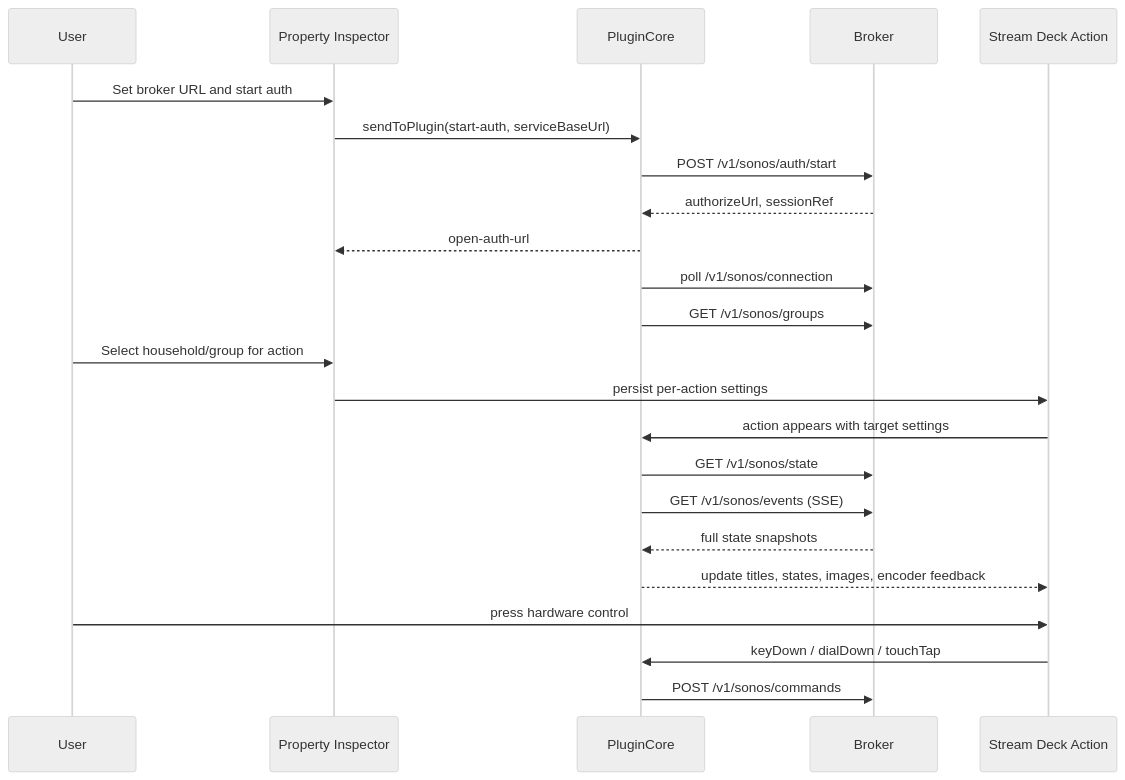
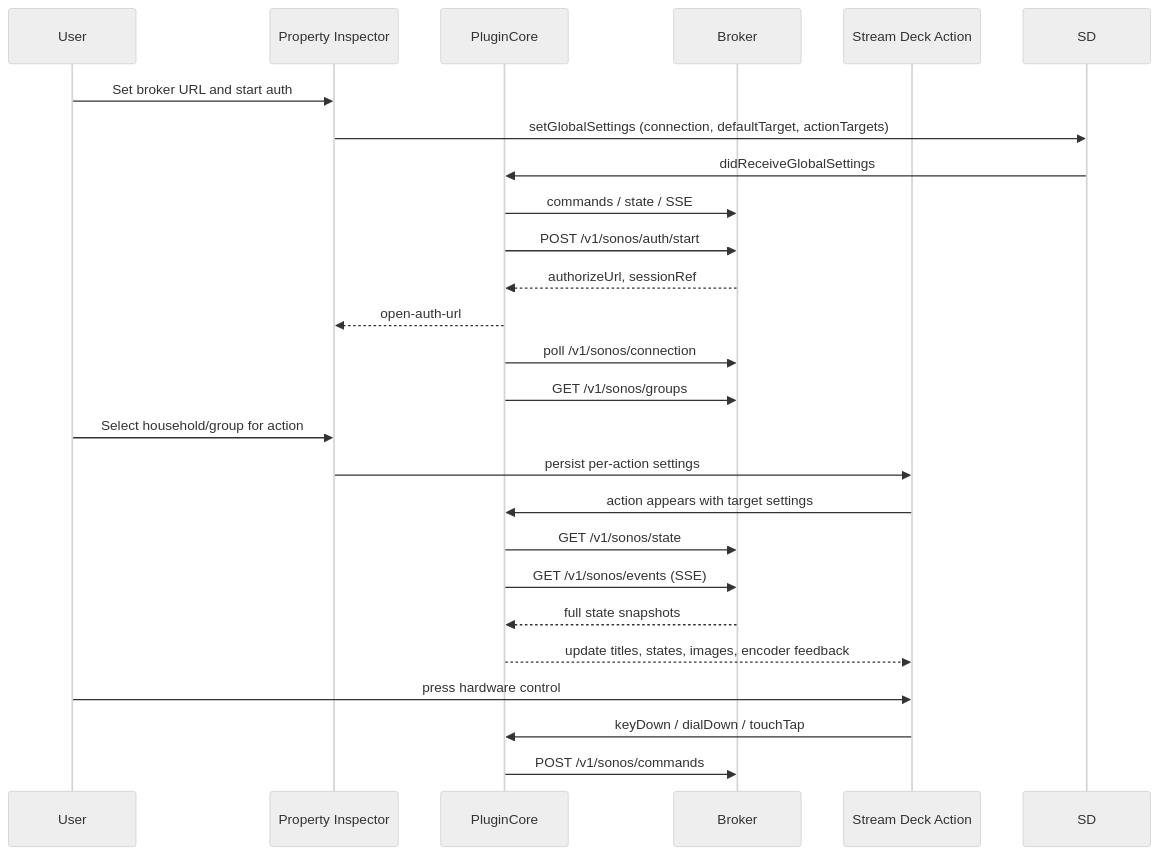
Before and after one commit to fudgel/SonosStreamDeckPlugin: the second of 3 diagrams in README.md, drawn with Mermaid (neutral theme). The commit also changed 37 other files, not shown here.

````diff
--- a/README.md
+++ b/README.md
@@ -95,26 +95,28 @@
 ```mermaid
 sequenceDiagram
     participant User
     participant PI as Property Inspector
     participant Plugin as PluginCore
     participant Broker
     participant Deck as Stream Deck Action
 
     User->>PI: Set broker URL and start auth
-    PI->>Plugin: sendToPlugin(start-auth, serviceBaseUrl)
+    PI->>SD: setGlobalSettings (connection, defaultTarget, actionTargets)
+    SD->>Plugin: didReceiveGlobalSettings
+    Plugin->>Broker: commands / state / SSE
     Plugin->>Broker: POST /v1/sonos/auth/start
     Broker-->>Plugin: authorizeUrl, sessionRef
     Plugin-->>PI: open-auth-url
     Plugin->>Broker: poll /v1/sonos/connection
     Plugin->>Broker: GET /v1/sonos/groups
     User->>PI: Select household/group for action
     PI->>Deck: persist per-action settings
     Deck->>Plugin: action appears with target settings
     Plugin->>Broker: GET /v1/sonos/state
     Plugin->>Broker: GET /v1/sonos/events (SSE)
     Broker-->>Plugin: full state snapshots
     Plugin-->>Deck: update titles, states, images, encoder feedback
     User->>Deck: press hardware control
     Deck->>Plugin: keyDown / dialDown / touchTap
     Plugin->>Broker: POST /v1/sonos/commands
 ```
````
